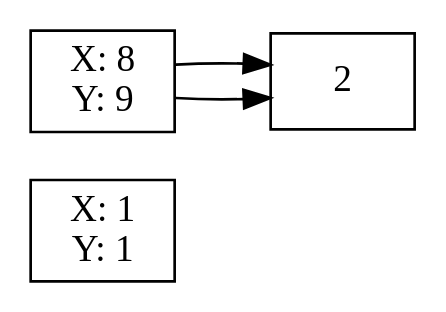
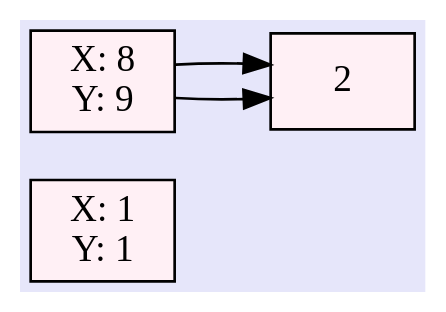
The diagram in pila.dot (ASique-4/-EDD_2S-BatallaNaval_202012039), drawn with Graphviz before and after one commit. The commit also changed 14 other files, not shown here.

Commit message:
Diseño graphviz

```diff
--- a/pila.dot
+++ b/pila.dot
@@ -1,14 +1,16 @@
 digraph Tutorial {
 graph [rankdir = LR ]
 node [shape = box]
+bgcolor="lavender"
+node [ style=filled,shape = box, fillcolor="lavenderblush:lavenderblush1"]
 0 [label="X: 1
 Y: 1"];
 1 [label="X: 2
 Y: 2"];
 1 -> 2
 1 [label="X: 6
 Y: 4"];
 1 -> 2
 1 [label="X: 8
 Y: 9"];
 }
```
